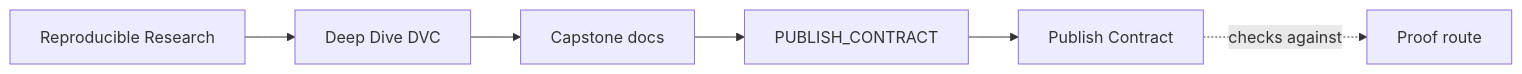
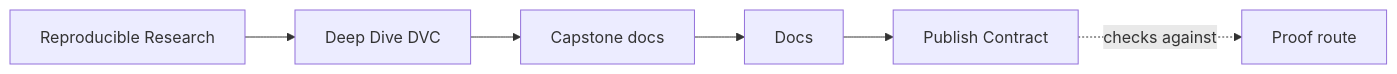
The first of 2 diagrams in programs/reproducible-research/deep-dive-dvc/capstone/docs/publish-contract.md (bijux/bijux-masterclass), drawn with Mermaid before and after one commit. The commit also changed other lines of this file and 90 other files, not shown here.

````diff
--- a/programs/reproducible-research/deep-dive-dvc/capstone/docs/publish-contract.md
+++ b/programs/reproducible-research/deep-dive-dvc/capstone/docs/publish-contract.md
@@ -6,12 +6,12 @@
 ```mermaid
 graph LR
   family["Reproducible Research"]
   program["Deep Dive DVC"]
   guide["Capstone docs"]
-  section["PUBLISH_CONTRACT"]
+  section["Docs"]
   page["Publish Contract"]
   proof["Proof route"]
 
   family --> program --> guide --> section --> page
   page -.checks against.-> proof
 ```
````
